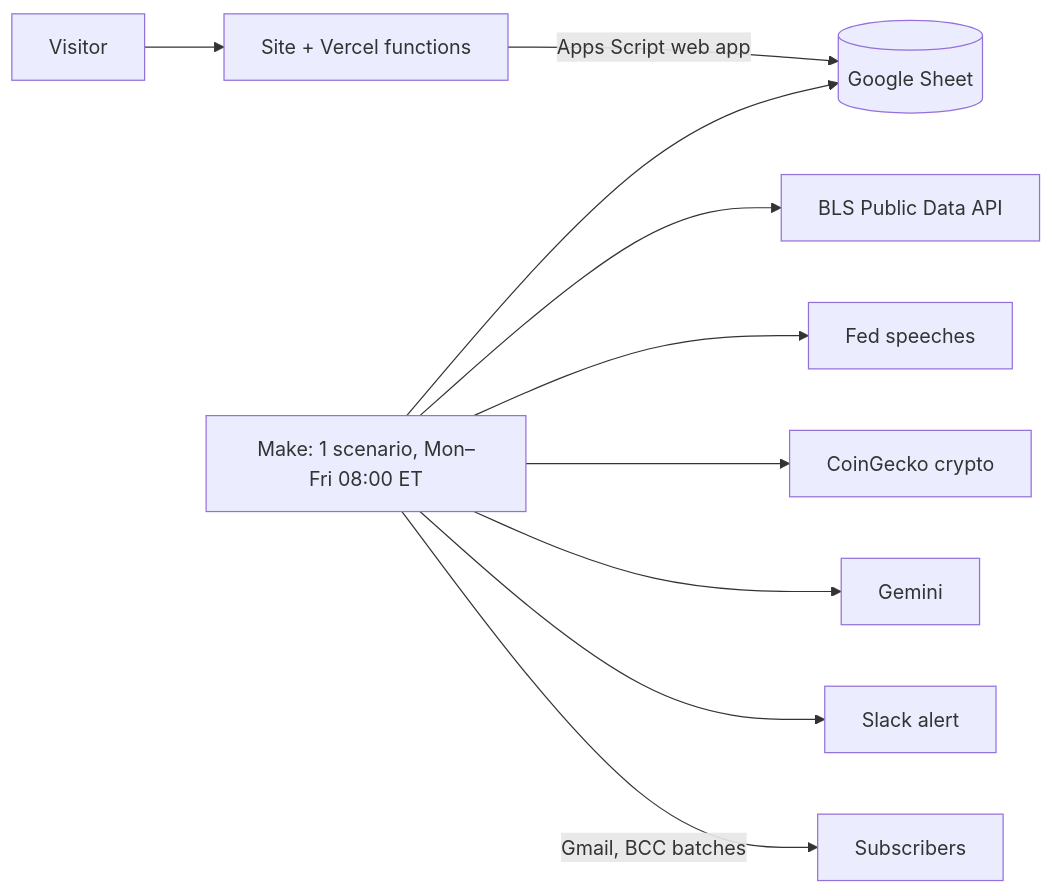
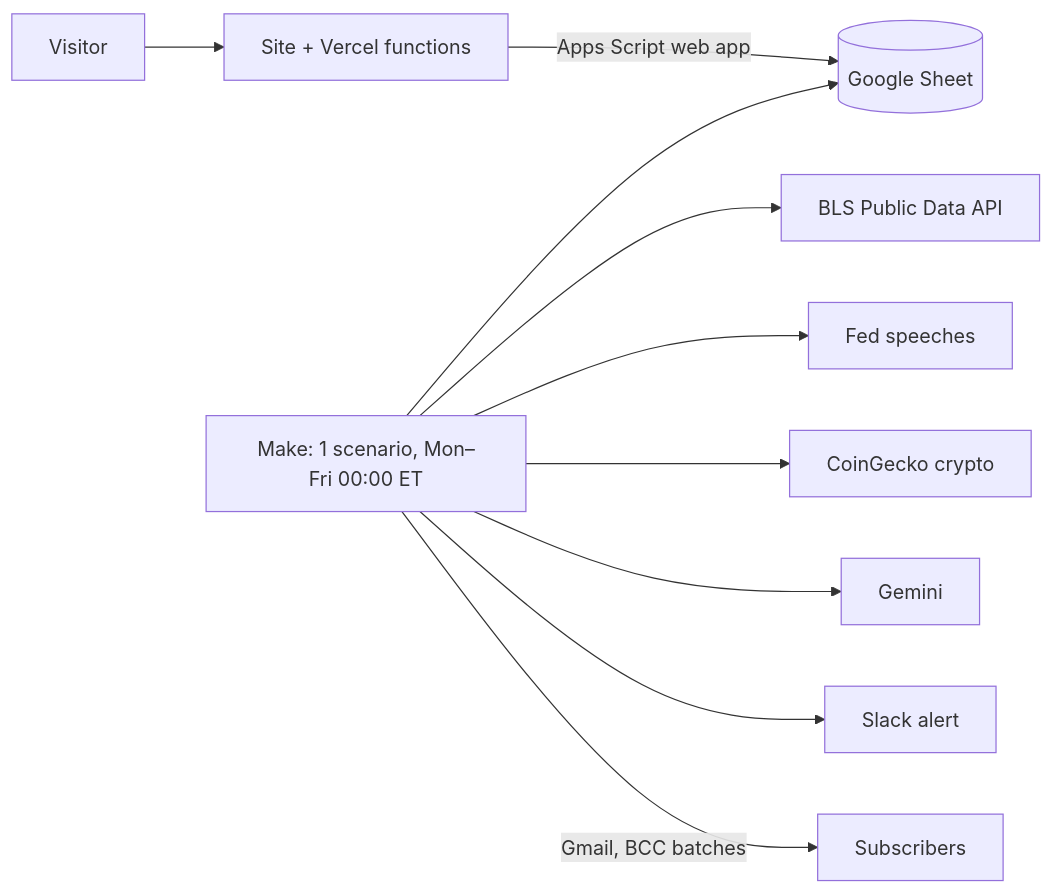
The diagram in README.md (notm33na/morningmarket), drawn with Mermaid before and after one commit. The commit also changed other lines of this file and 14 other files, not shown here.

````diff
--- a/README.md
+++ b/README.md
@@ -31,7 +31,7 @@
 ```mermaid
 flowchart LR
   V[Visitor] --> S[Site + Vercel functions] -->|Apps Script web app| G[(Google Sheet)]
-  M[Make: 1 scenario, Mon–Fri 08:00 ET] --> G
+  M[Make: 1 scenario, Mon–Fri 00:00 ET] --> G
   M --> B[BLS Public Data API] & FR[Fed speeches] & C[CoinGecko crypto] & AI[Gemini] & SL[Slack alert]
   M -->|Gmail, BCC batches| R[Subscribers]
 ```
````
